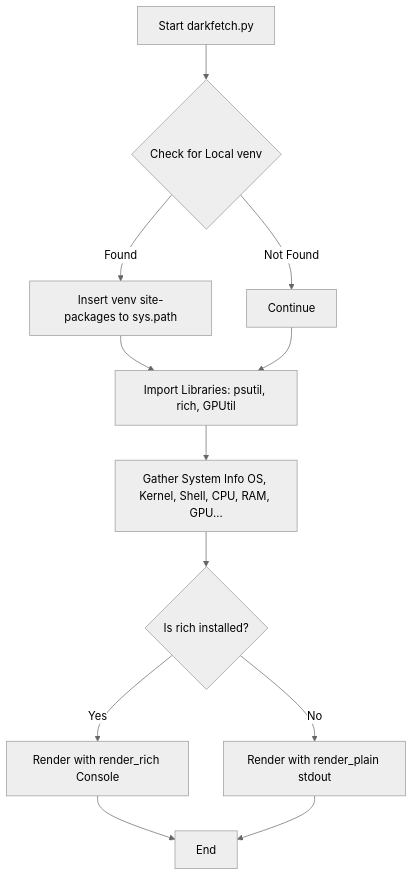
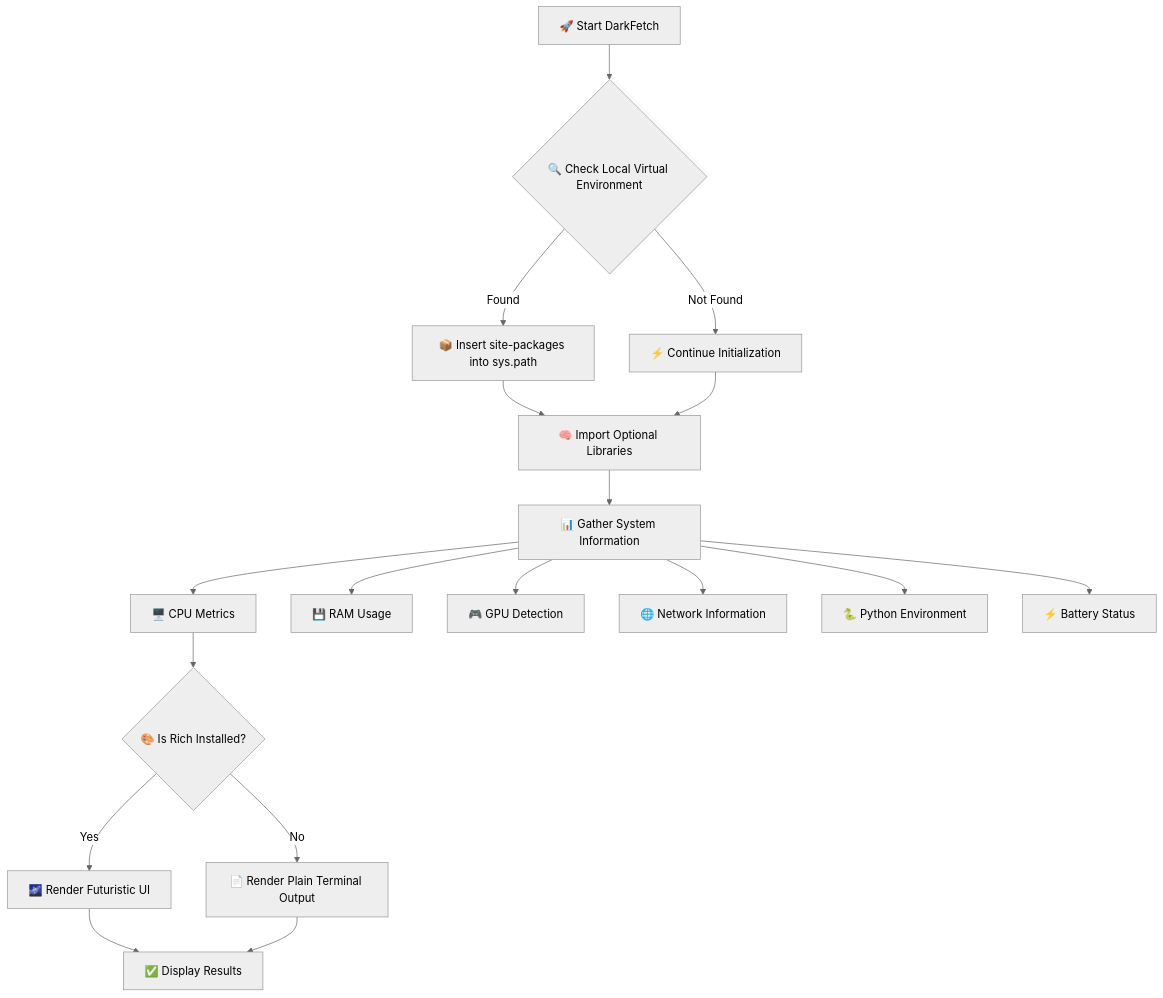
One commit to Dark-Vinaal/Dark_Fetch changed the first of 4 diagrams in README.md. Above: the diagram before and after it, drawn with Mermaid (neutral theme). The commit also changed other lines of this file, not shown here.

````diff
--- a/README.md
+++ b/README.md
@@ -84,14 +70,28 @@
 ```mermaid
 graph TD
-    A[Start darkfetch.py] --> B{Check for Local venv}
-    B -- Found --> C[Insert venv site-packages to sys.path]
-    B -- Not Found --> D[Continue]
-    C --> E[Import Libraries: psutil, rich, GPUtil]
-    D --> E
-    E --> F[Gather System Info OS, Kernel, Shell, CPU, RAM, GPU...]
-    F --> G{Is rich installed?}
-    G -- Yes --> H[Render with render_rich Console]
-    G -- No --> I[Render with render_plain stdout]
-    H --> J[End]
-    I --> J
+
+A[🚀 Start DarkFetch] --> B{🔍 Check Local Virtual Environment}
+
+B -->|Found| C[📦 Insert site-packages into sys.path]
+B -->|Not Found| D[⚡ Continue Initialization]
+
+C --> E[🧠 Import Optional Libraries]
+D --> E
+
+E --> F[📊 Gather System Information]
+
+F --> G[🖥️ CPU Metrics]
+F --> H[💾 RAM Usage]
+F --> I[🎮 GPU Detection]
+F --> J[🌐 Network Information]
+F --> K[🐍 Python Environment]
+F --> L[⚡ Battery Status]
+
+G --> M{🎨 Is Rich Installed?}
+
+M -->|Yes| N[🌌 Render Futuristic UI]
+M -->|No| O[📄 Render Plain Terminal Output]
+
+N --> P[✅ Display Results]
+O --> P
 ```
````
